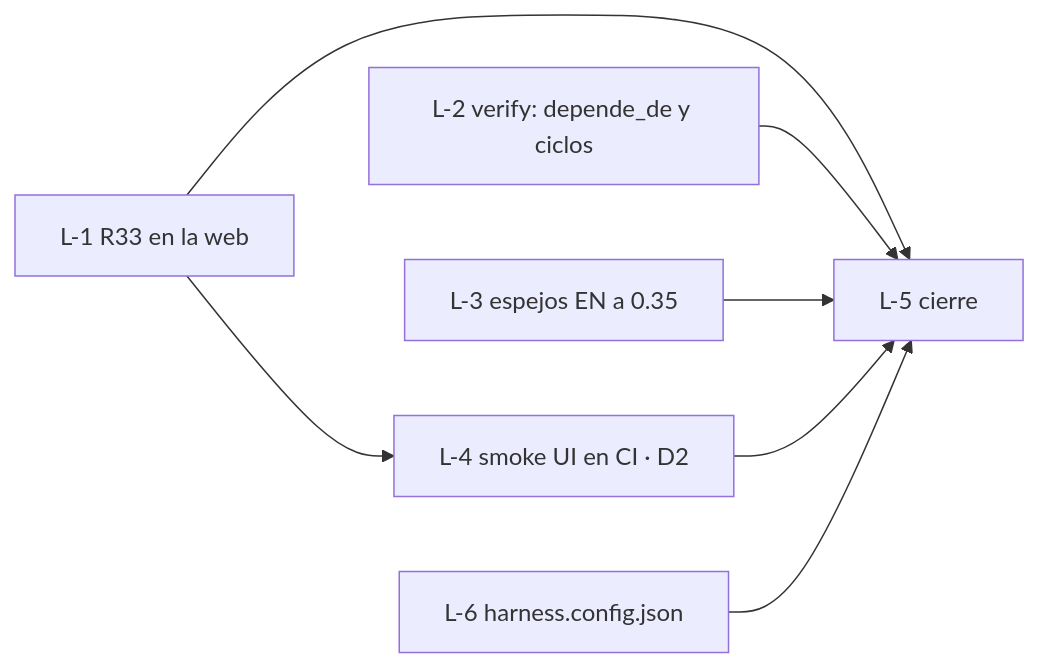
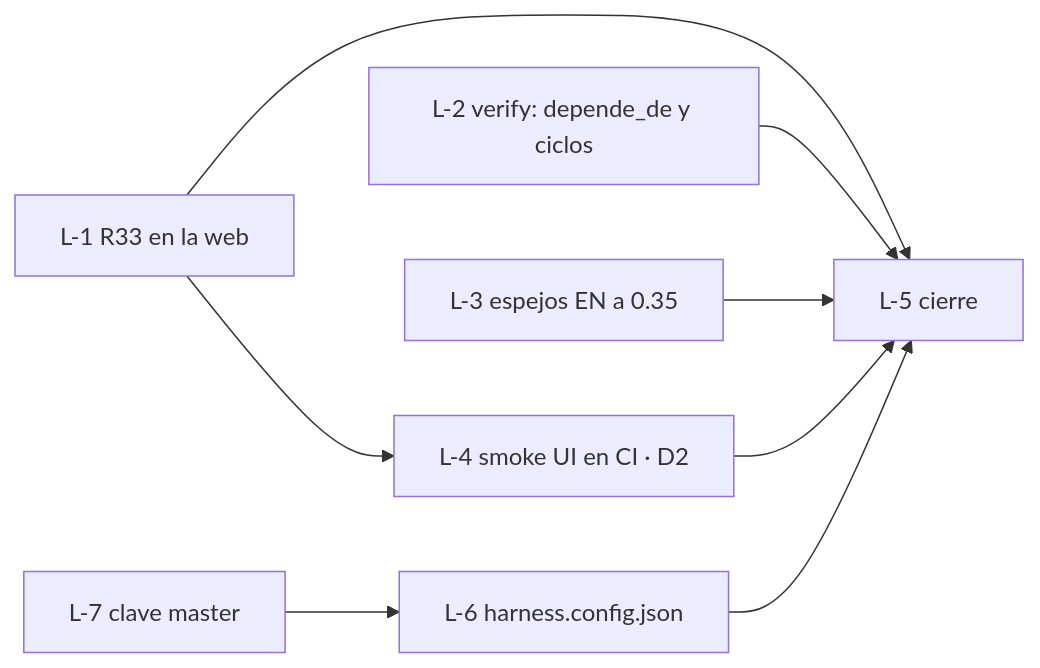
Before and after one commit to Fakundus01/sdd-universal: the diagram in sdd/progress/v0.35-loops-grafo/current.md, drawn with Mermaid. The commit also changed other lines of this file and 4 other files, not shown here.

Commit message:
DRIFT L-6 → A: clave master en harness.md §2; tarjeta L-7, L-6 depende de L-7

````diff
--- a/sdd/progress/v0.35-loops-grafo/current.md
+++ b/sdd/progress/v0.35-loops-grafo/current.md
@@ -7,8 +7,8 @@
 ```mermaid
 graph LR
   L-1[L-1 R33 en la web] --> L-4[L-4 smoke UI en CI · D2]
   L-2[L-2 verify: depende_de y ciclos]
   L-3[L-3 espejos EN a 0.35]
-  L-6[L-6 harness.config.json]
+  L-7[L-7 clave master] --> L-6[L-6 harness.config.json]
   L-1 & L-2 & L-3 & L-4 & L-6 --> L-5[L-5 cierre]
 ```
````
